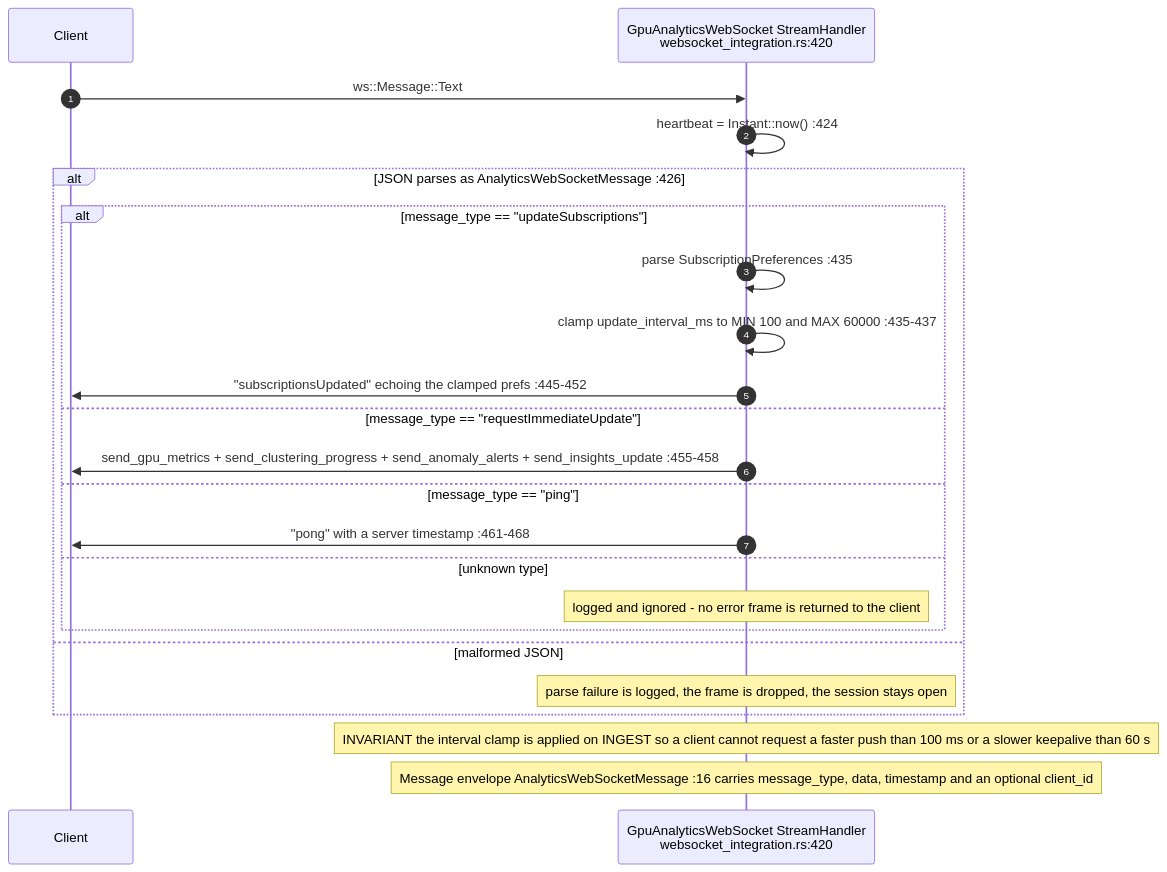
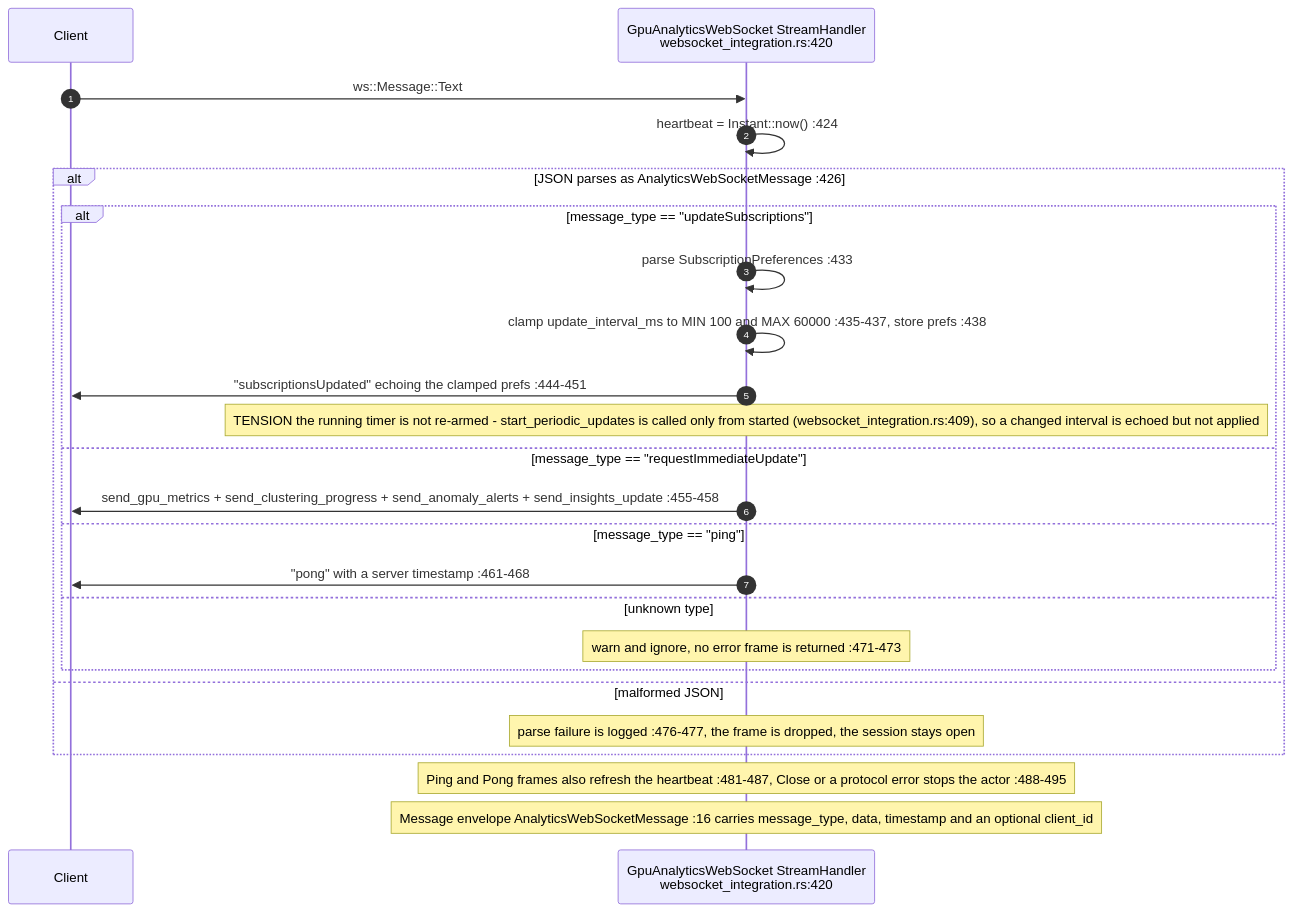
Before and after one commit to DreamLab-AI/VisionFlow: the eighth of 10 diagrams in docs/diagrams/visionclaw/18-analytics-support-handlers.md, drawn with Mermaid. The commit also changed other lines of this file and 173 other files, not shown here.

````diff
--- a/docs/diagrams/visionclaw/18-analytics-support-handlers.md
+++ b/docs/diagrams/visionclaw/18-analytics-support-handlers.md
@@ -291,26 +299,27 @@
 ```mermaid
 sequenceDiagram
     autonumber
     participant C as Client
     participant A as GpuAnalyticsWebSocket StreamHandler<br/>websocket_integration.rs:420
 
     C->>A: ws::Message::Text
     A->>A: heartbeat = Instant::now() :424
     alt JSON parses as AnalyticsWebSocketMessage :426
         alt message_type == "updateSubscriptions"
-            A->>A: parse SubscriptionPreferences :435
-            A->>A: clamp update_interval_ms to MIN 100 and MAX 60000 :435-437
-            A->>C: "subscriptionsUpdated" echoing the clamped prefs :445-452
+            A->>A: parse SubscriptionPreferences :433
+            A->>A: clamp update_interval_ms to MIN 100 and MAX 60000 :435-437, store prefs :438
+            A->>C: "subscriptionsUpdated" echoing the clamped prefs :444-451
+            Note over A: TENSION the running timer is not re-armed - start_periodic_updates is called only from started (websocket_integration.rs:409), so a changed interval is echoed but not applied
         else message_type == "requestImmediateUpdate"
             A->>C: send_gpu_metrics + send_clustering_progress + send_anomaly_alerts + send_insights_update :455-458
         else message_type == "ping"
             A->>C: "pong" with a server timestamp :461-468
         else unknown type
-            Note over A: logged and ignored - no error frame is returned to the client
+            Note over A: warn and ignore, no error frame is returned :471-473
         end
     else malformed JSON
-        Note over A: parse failure is logged, the frame is dropped, the session stays open
+        Note over A: parse failure is logged :476-477, the frame is dropped, the session stays open
     end
-    Note over A: INVARIANT the interval clamp is applied on INGEST so a client cannot request a faster push than 100 ms or a slower keepalive than 60 s
+    Note over A: Ping and Pong frames also refresh the heartbeat :481-487, Close or a protocol error stops the actor :488-495
     Note over A: Message envelope AnalyticsWebSocketMessage :16 carries message_type, data, timestamp and an optional client_id
 ```
````
